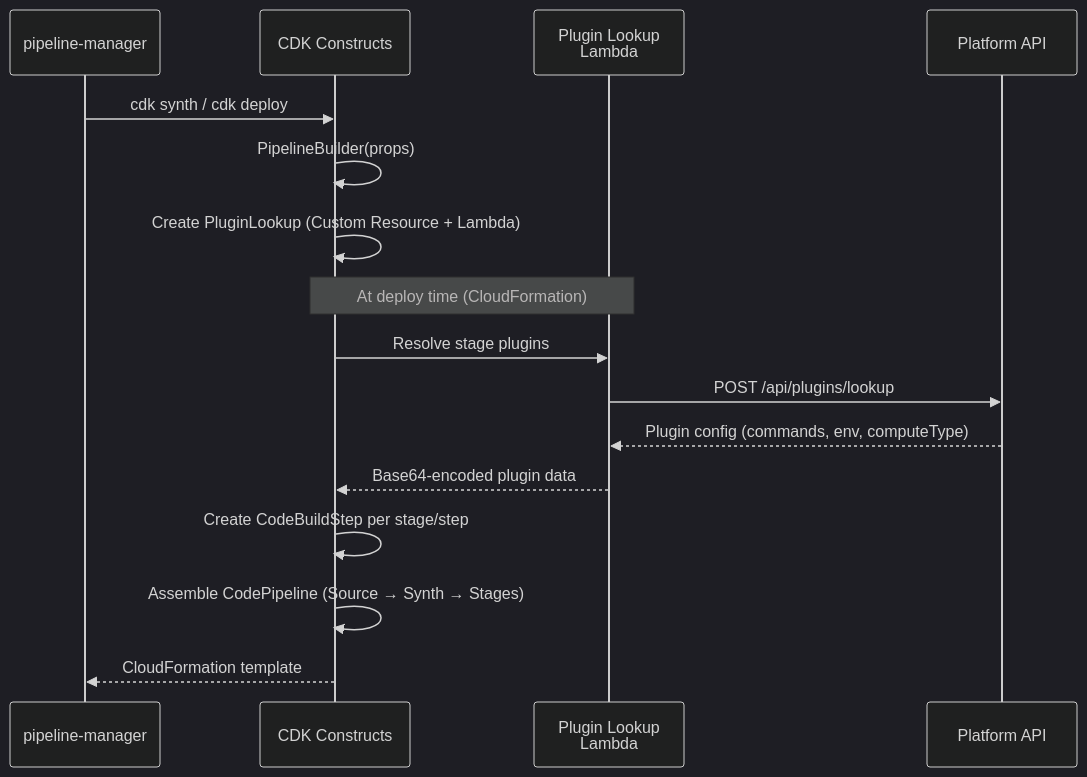
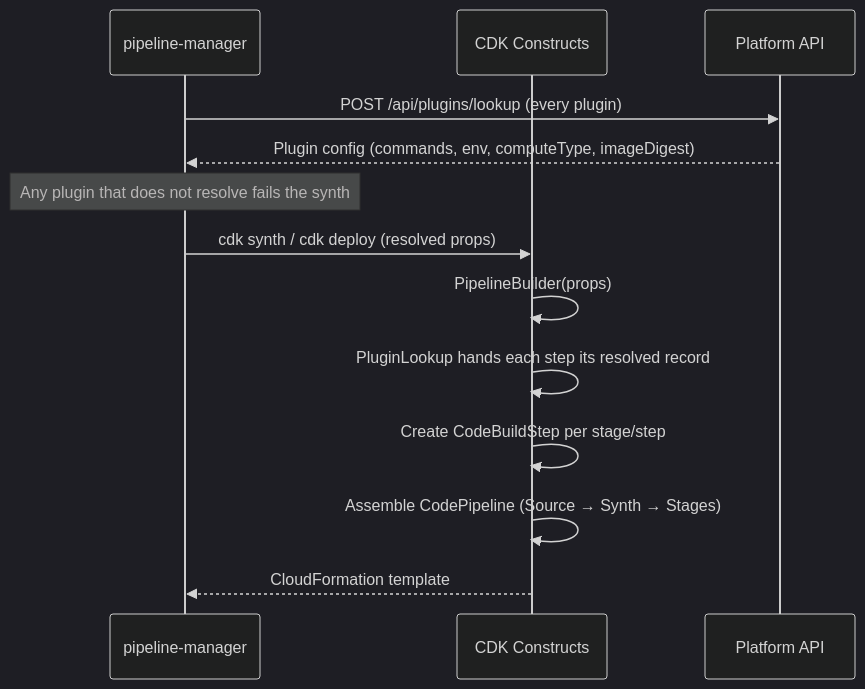
Before and after one commit to mwashburn160/pipeline-builder: the seventh of 11 diagrams in docs/architecture-flow.md, drawn with Mermaid (dark theme). The commit also changed other lines of this file and 630 other files, not shown here.

````diff
--- a/docs/architecture-flow.md
+++ b/docs/architecture-flow.md
@@ -288,21 +288,17 @@
 ```mermaid
 sequenceDiagram
     participant CLI as pipeline-manager
     participant CDK as CDK Constructs
-    participant Lambda as Plugin Lookup<br/>Lambda
     participant API as Platform API
 
-    CLI->>CDK: cdk synth / cdk deploy
+    CLI->>API: POST /api/plugins/lookup (every plugin)
+    API-->>CLI: Plugin config (commands, env, computeType, imageDigest)
+    Note over CLI: Any plugin that does not resolve fails the synth
+    CLI->>CDK: cdk synth / cdk deploy (resolved props)
     CDK->>CDK: PipelineBuilder(props)
-    CDK->>CDK: Create PluginLookup (Custom Resource + Lambda)
-
-    Note over CDK,Lambda: At deploy time (CloudFormation)
-    CDK->>Lambda: Resolve stage plugins
-    Lambda->>API: POST /api/plugins/lookup
-    API-->>Lambda: Plugin config (commands, env, computeType)
-    Lambda-->>CDK: Base64-encoded plugin data
+    CDK->>CDK: PluginLookup hands each step its resolved record
 
     CDK->>CDK: Create CodeBuildStep per stage/step
     CDK->>CDK: Assemble CodePipeline (Source → Synth → Stages)
     CDK-->>CLI: CloudFormation template
 ```
````
